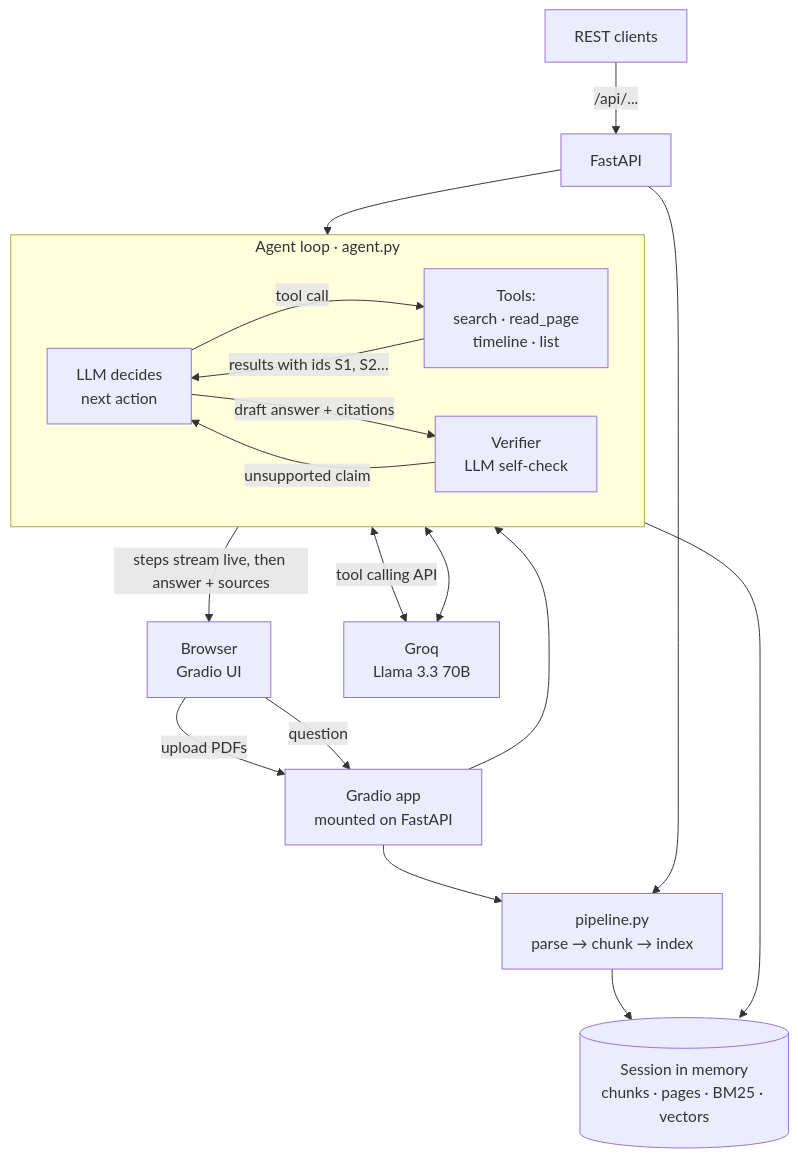
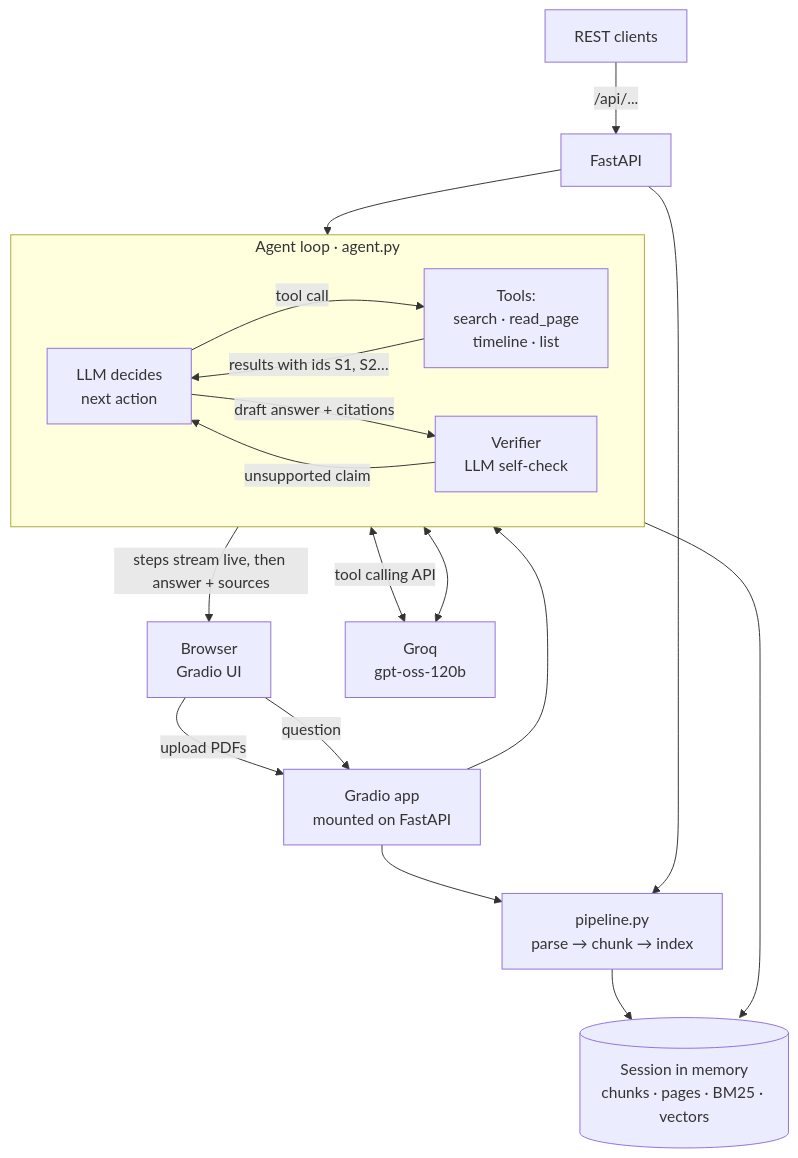
The diagram in README.md (keerthanagandhi11/opspilot), drawn with Mermaid before and after one commit. The commit also changed other lines of this file and 7 other files, not shown here.

First line of the commit message:
Switch default model to Groq gpt-oss-120b and harden the agent

````diff
--- a/README.md
+++ b/README.md
@@ -205,23 +215,23 @@
 ```mermaid
 flowchart TB
     U[Browser<br/>Gradio UI] -->|upload PDFs| G[Gradio app<br/>mounted on FastAPI]
     API[REST clients] -->|/api/...| F[FastAPI]
     G --> PL[pipeline.py<br/>parse → chunk → index]
     F --> PL
     PL --> S[(Session in memory<br/>chunks · pages · BM25 · vectors)]
 
     U -->|question| G
     G --> AG
     F --> AG
     subgraph AG[Agent loop · agent.py]
         direction LR
         P[LLM decides<br/>next action] -->|tool call| T[Tools:<br/>search · read_page<br/>timeline · list]
         T -->|results with ids S1, S2…| P
         P -->|draft answer + citations| V[Verifier<br/>LLM self-check]
         V -->|unsupported claim| P
     end
     T --> S
-    P <-->|tool calling API| LLM[Groq<br/>Llama 3.3 70B]
+    P <-->|tool calling API| LLM[Groq<br/>gpt-oss-120b]
     V <--> LLM
     AG -->|steps stream live, then answer + sources| U
 ```
````
